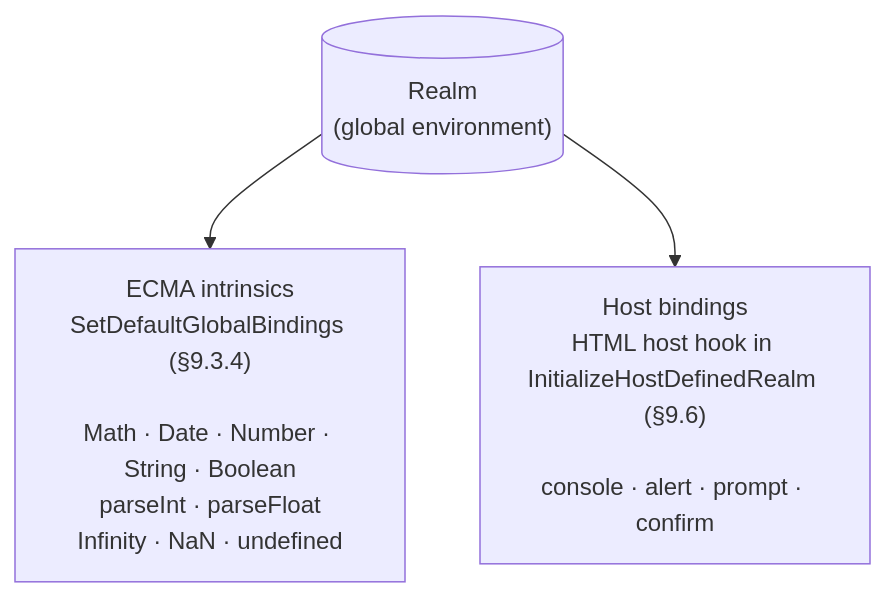
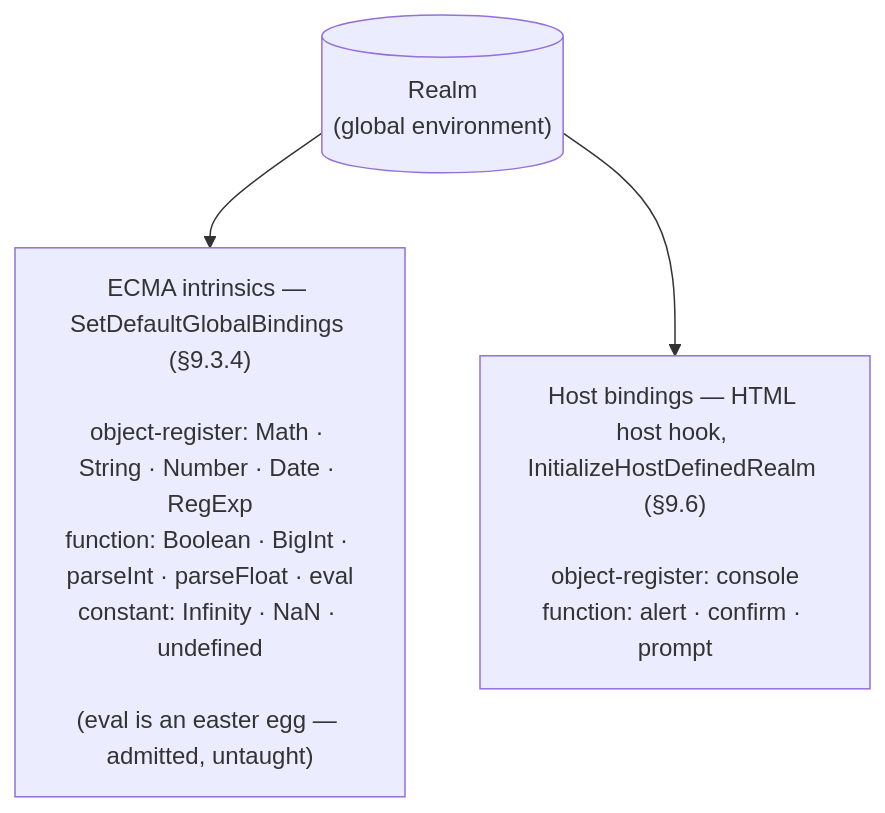
Before and after one commit to codeschoolinabox/curricula: the fourth of 5 diagrams in src/lib/study-lenses/language-levels/jej/notional-machine.md, drawn with Mermaid. The commit also changed other lines of this file, not shown here.

First line of the commit message:
docs: document all 17 admitted globals in the realm section

````diff
--- a/src/lib/study-lenses/language-levels/jej/notional-machine.md
+++ b/src/lib/study-lenses/language-levels/jej/notional-machine.md
@@ -336,8 +337,8 @@
 ```mermaid
 flowchart TB
     realm[("Realm<br/>(global environment)")]
-    intrinsics["ECMA intrinsics<br/>SetDefaultGlobalBindings (§9.3.4)<br/><br/>Math · Date · Number · String · Boolean<br/>parseInt · parseFloat<br/>Infinity · NaN · undefined"]
-    host["Host bindings<br/>HTML host hook in InitializeHostDefinedRealm (§9.6)<br/><br/>console · alert · prompt · confirm"]
+    intrinsics["ECMA intrinsics — SetDefaultGlobalBindings (§9.3.4)<br/><br/>object-register: Math · String · Number · Date · RegExp<br/>function: Boolean · BigInt · parseInt · parseFloat · eval<br/>constant: Infinity · NaN · undefined<br/><br/>(eval is an easter egg — admitted, untaught)"]
+    host["Host bindings — HTML host hook, InitializeHostDefinedRealm (§9.6)<br/><br/>object-register: console<br/>function: alert · confirm · prompt"]
     realm --> intrinsics
     realm --> host
 ```
````
